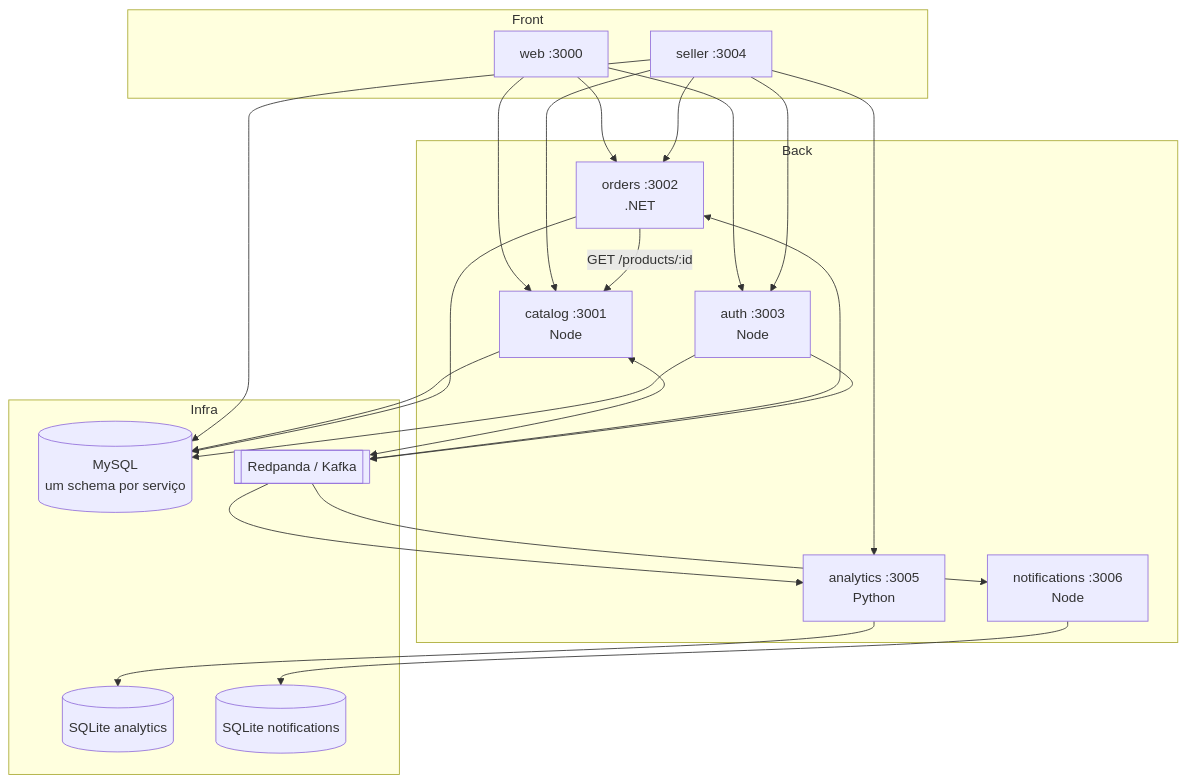
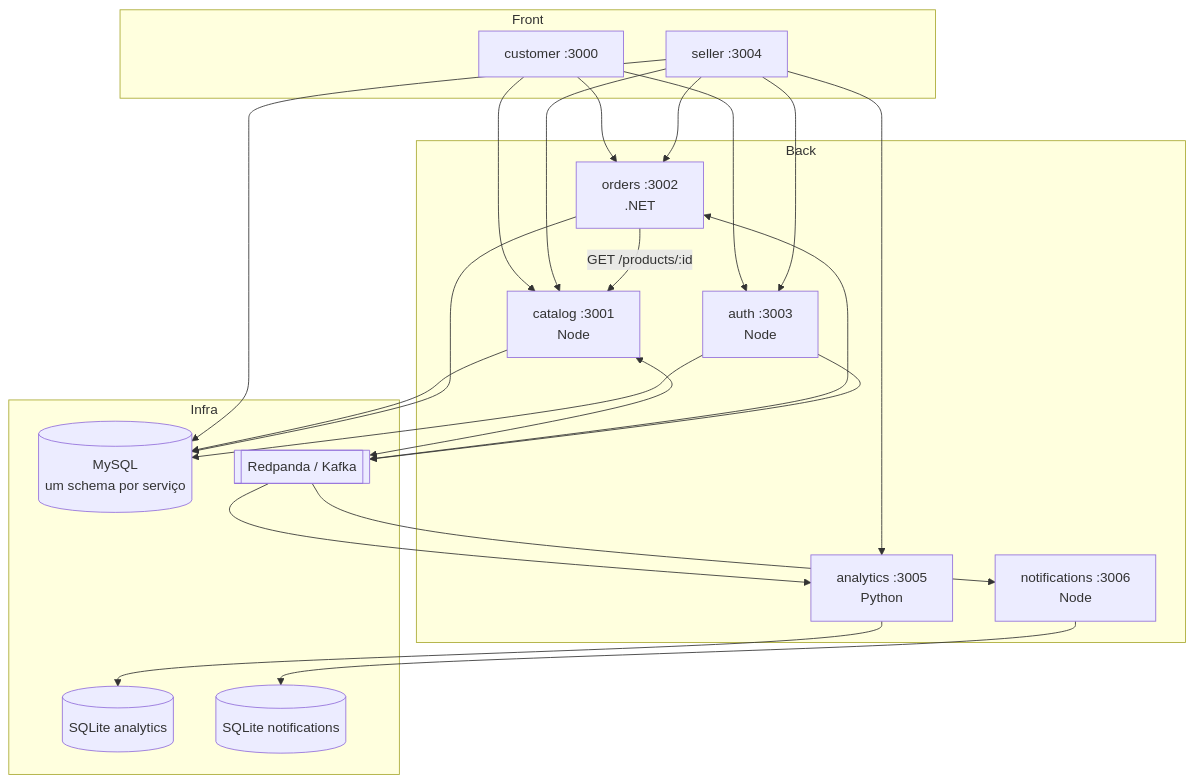
Before and after one commit to DeborahDalonso/marketplace: the second of 2 diagrams in docs/ARQUITETURA.md, drawn with Mermaid. The commit also changed other lines of this file and 2 other files, not shown here.

Commit message:
docs: rename web front-end to customer

````diff
--- a/docs/ARQUITETURA.md
+++ b/docs/ARQUITETURA.md
@@ -37,39 +37,39 @@
 ```mermaid
 graph TB
     subgraph Front
-        web[web :3000]
+        customer[customer :3000]
         sellerPanel[seller :3004]
     end
     subgraph Back
         catalog[catalog :3001<br/>Node]
         orders[orders :3002<br/>.NET]
         auth[auth :3003<br/>Node]
         analytics[analytics :3005<br/>Python]
         notifications[notifications :3006<br/>Node]
     end
     subgraph Infra
         mysql[(MySQL<br/>um schema por serviço)]
         kafka[[Redpanda / Kafka]]
         sqliteA[(SQLite analytics)]
         sqliteN[(SQLite notifications)]
     end
-    web --> catalog
-    web --> orders
-    web --> auth
+    customer --> catalog
+    customer --> orders
+    customer --> auth
     sellerPanel --> catalog
     sellerPanel --> orders
     sellerPanel --> analytics
     sellerPanel --> auth
     orders -->|GET /products/:id| catalog
     catalog --> mysql
     orders --> mysql
     auth --> mysql
     sellerPanel --> mysql
     analytics --> sqliteA
     notifications --> sqliteN
     catalog <--> kafka
     orders <--> kafka
     auth --> kafka
     kafka --> analytics
     kafka --> notifications
 ```
````
